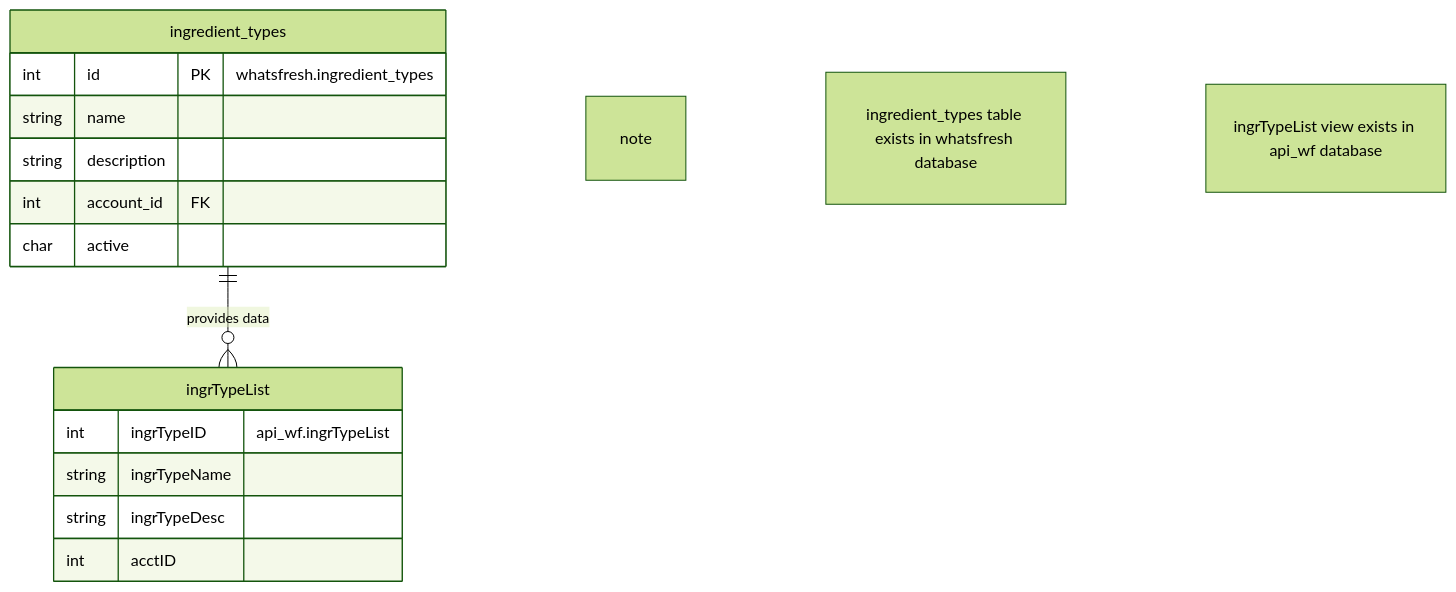
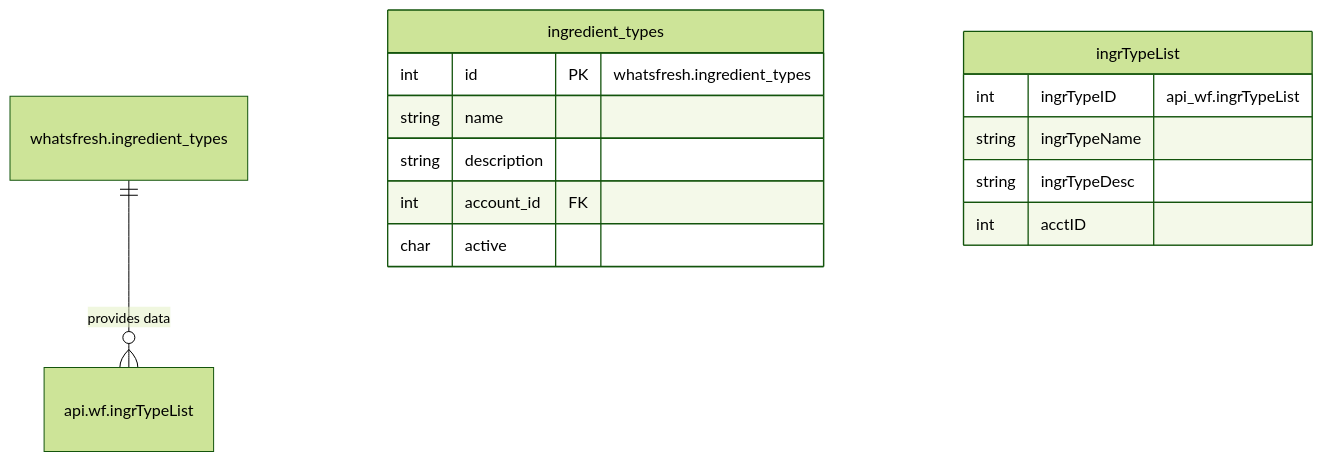
Before and after one commit to pchambless/whatsfresh-docs: the diagram in server/database/MySQL.mmd, drawn with Mermaid (forest theme).

Commit message:
play with er diagram

```diff
--- a/server/database/MySQL.mmd
+++ b/server/database/MySQL.mmd
@@ -1,21 +1,17 @@
 erDiagram
-    %% Database: whatsfresh
-    ingredient_types ||--o{ ingrTypeList : "provides data"
+    whatsfresh.ingredient_types ||--o{ api.wf.ingrTypeList : "provides data"
     ingredient_types {
         int id PK "whatsfresh.ingredient_types"
         string name
         string description
         int account_id FK
         char active
     }
 
     %% Database: api_wf
     ingrTypeList {
         int ingrTypeID "api_wf.ingrTypeList"
         string ingrTypeName
         string ingrTypeDesc
         int acctID
     }
-
-    %% Database relationships across schemas
-    note "ingredient_types table exists in whatsfresh database" "ingrTypeList view exists in api_wf database"
```
